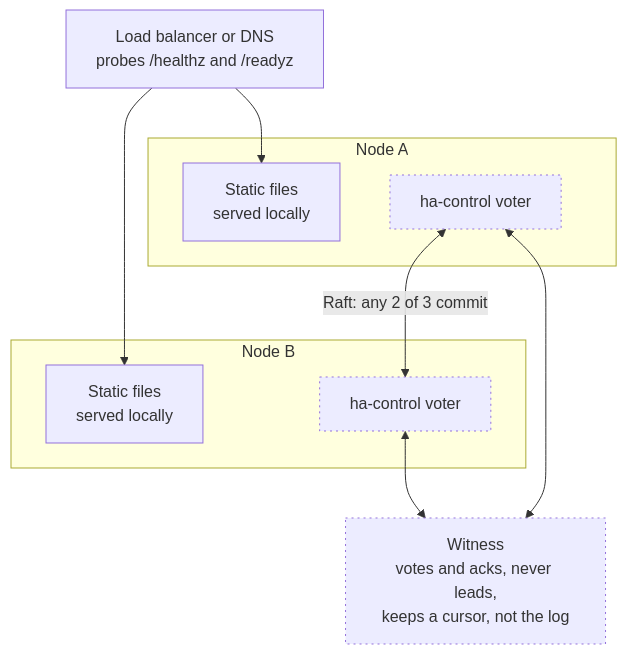
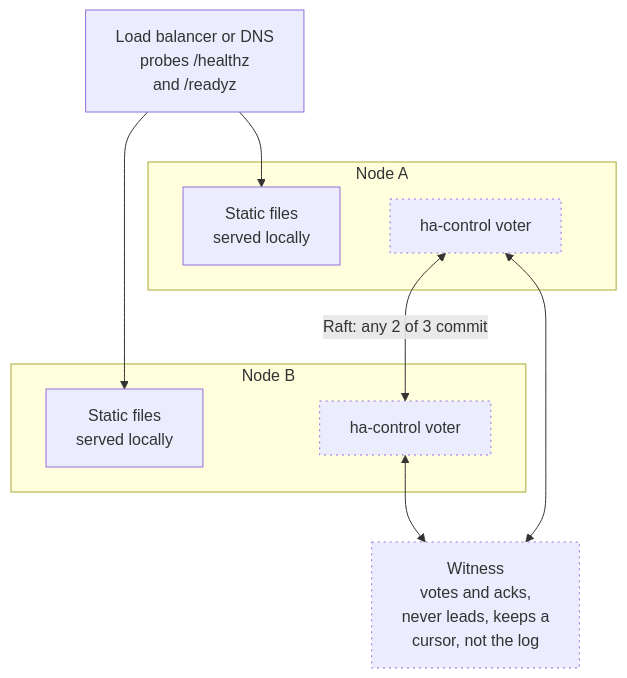
The second of 6 diagrams in docs/ha/design.md (BlivionIaG/sjws_nettask), drawn with Mermaid before and after one commit. The commit also changed other lines of this file and 19 other files, not shown here.

First line of the commit message:
docs: fix the diagrams the fact-check found imprecise

````diff
--- a/docs/ha/design.md
+++ b/docs/ha/design.md
@@ -172,25 +175,25 @@
 ```mermaid
 flowchart TB
-    lb["Load balancer or DNS<br/>probes /healthz and /readyz"]
+    lb["Load balancer or DNS<br/>probes /healthz<br/>and /readyz"]
 
     subgraph a["Node A"]
         sa["Static files<br/>served locally"]
         ra["ha-control voter"]
     end
 
     subgraph b["Node B"]
         sb["Static files<br/>served locally"]
         rb["ha-control voter"]
     end
 
-    w["Witness<br/>votes and acks, never leads,<br/>keeps a cursor, not the log"]
+    w["Witness<br/>votes and acks,<br/>never leads, keeps a<br/>cursor, not the log"]
 
     lb --> sa
     lb --> sb
     ra <-->|"Raft: any 2 of 3 commit"| rb
     ra <--> w
     rb <--> w
 
     classDef lib stroke-dasharray: 2 4
     class ra,rb,w lib
 ```
````
